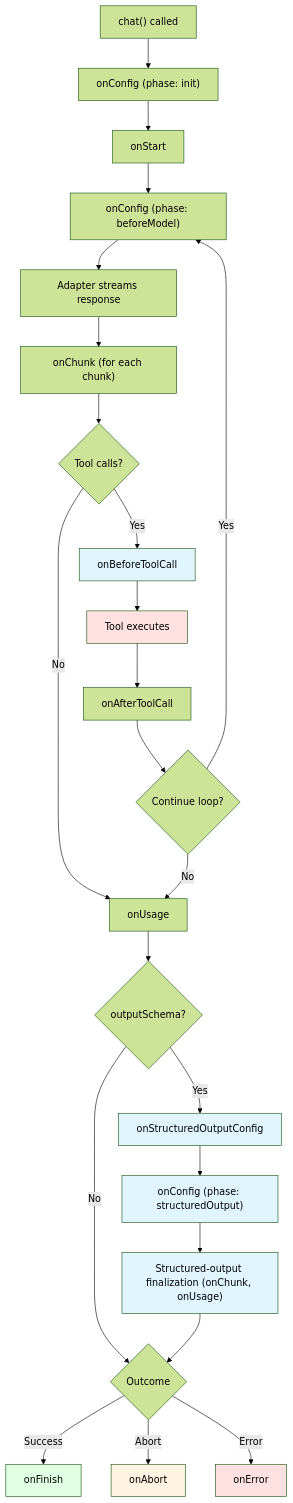
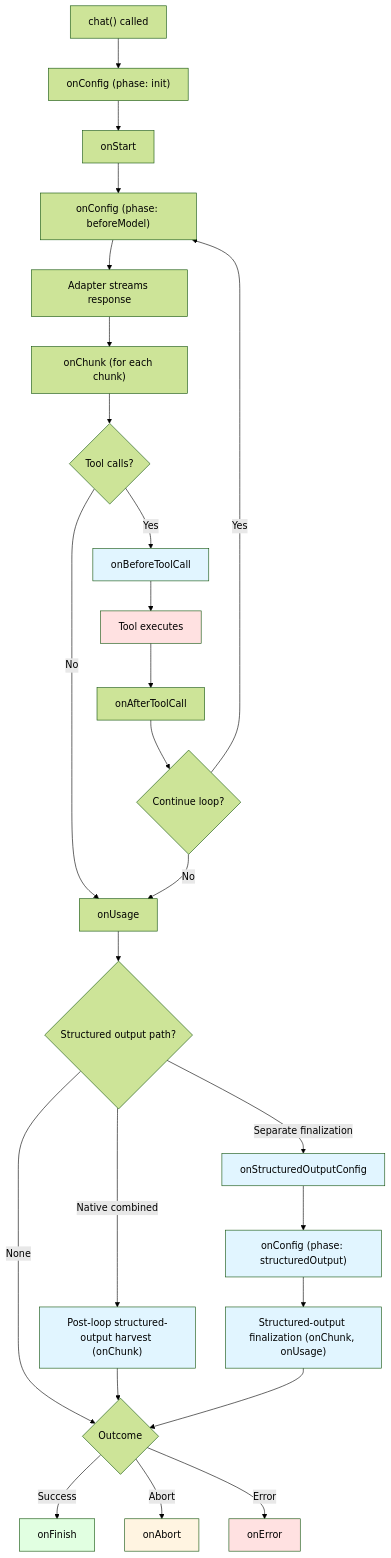
The diagram in docs/advanced/middleware.md (8times4/ai), drawn with Mermaid (forest theme) before and after one commit. The commit also changed other lines of this file and 26 other files, not shown here.

First line of the commit message:
fix(ai-persistence): persist structured output (#1126)

````diff
--- a/docs/advanced/middleware.md
+++ b/docs/advanced/middleware.md
@@ -59,34 +59,37 @@
 ```mermaid
 graph TD
     A["chat() called"] --> B["onConfig (phase: init)"]
     B --> C[onStart]
     C --> D["onConfig (phase: beforeModel)"]
     D --> E["Adapter streams response"]
     E --> F["onChunk (for each chunk)"]
     F --> G{Tool calls?}
     G -->|No| H[onUsage]
     G -->|Yes| I[onBeforeToolCall]
     I --> J[Tool executes]
     J --> K[onAfterToolCall]
     K --> L{Continue loop?}
     L -->|Yes| D
     L -->|No| H
-    H --> SO{outputSchema?}
-    SO -->|No| M{Outcome}
-    SO -->|Yes| SOC[onStructuredOutputConfig]
+    H --> SO{"Structured output path?"}
+    SO -->|None| M{Outcome}
+    SO -->|"Native combined"| SOH["Post-loop structured-output harvest (onChunk)"]
+    SOH --> M
+    SO -->|"Separate finalization"| SOC[onStructuredOutputConfig]
     SOC --> SOM["onConfig (phase: structuredOutput)"]
     SOM --> SOS["Structured-output finalization (onChunk, onUsage)"]
     SOS --> M
     M -->|Success| N[onFinish]
     M -->|Abort| O[onAbort]
     M -->|Error| P[onError]
 
     style I fill:#e1f5ff
     style J fill:#ffe1e1
     style SOC fill:#e1f5ff
     style SOM fill:#e1f5ff
     style SOS fill:#e1f5ff
+    style SOH fill:#e1f5ff
     style N fill:#e1ffe1
     style O fill:#fff4e1
     style P fill:#ffe1e1
 ```
````
